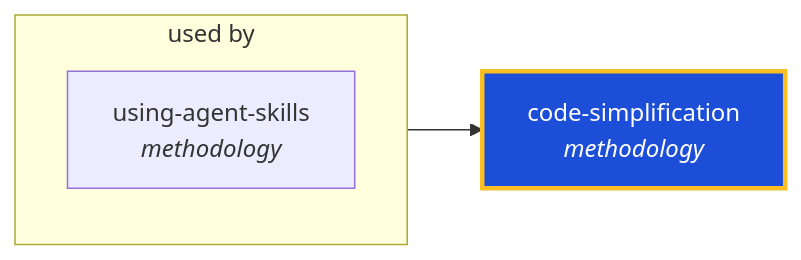
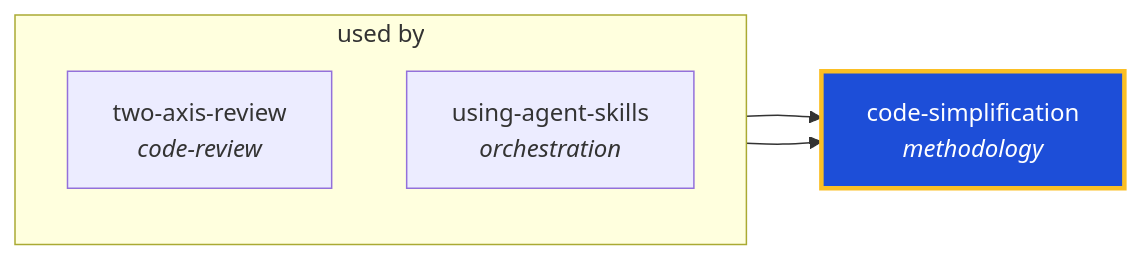
Before and after one commit to ThePlenkov/skills: the diagram in docs/graphs/generated/code-simplification.md, drawn with Mermaid. The commit also changed other lines of this file and 76 other files, not shown here.

````diff
--- a/docs/graphs/generated/code-simplification.md
+++ b/docs/graphs/generated/code-simplification.md
@@ -22,13 +22,15 @@
 ```mermaid
 graph LR
   code_simplification["code-simplification<br/><i>methodology</i>"]
   classDef center fill:#1d4ed8,stroke:#fbbf24,stroke-width:3px,color:#fff
   class code_simplification center
 
   subgraph sg_used_by["used by"]
     direction TB
-    using_agent_skills["using-agent-skills<br/><i>methodology</i>"]
+    two_axis_review["two-axis-review<br/><i>code-review</i>"]
+    using_agent_skills["using-agent-skills<br/><i>orchestration</i>"]
   end
+  two_axis_review --> code_simplification
   using_agent_skills --> code_simplification
 
 ```
````
